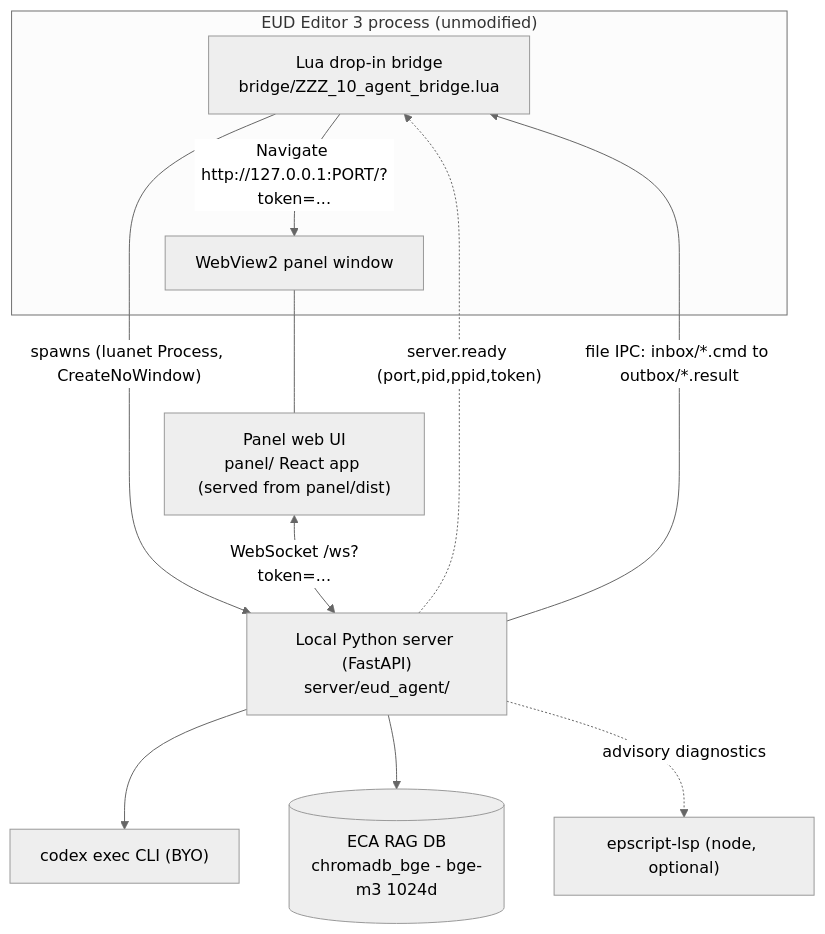
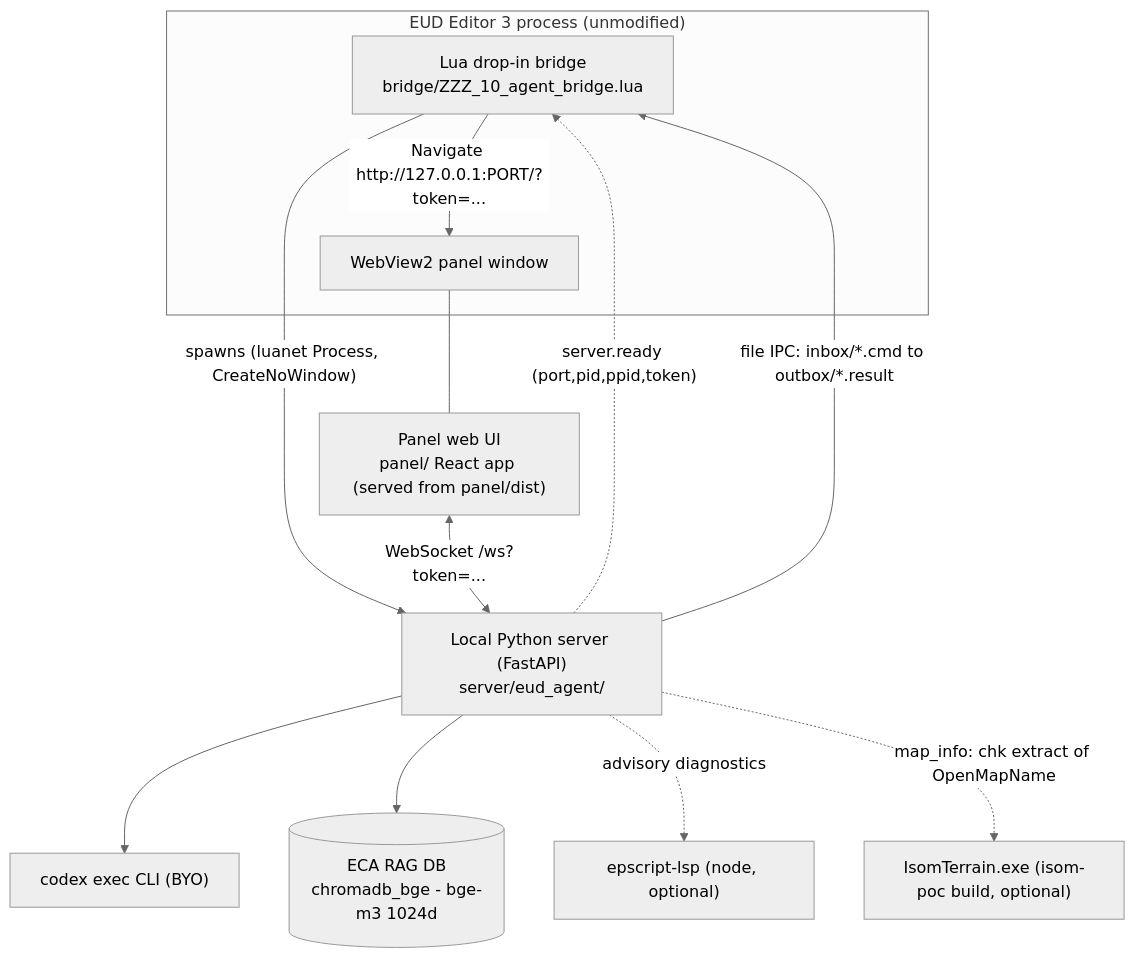
Before and after one commit to raravel/eud-agent: the first of 3 diagrams in hivemind/docs/architecture.md, drawn with Mermaid (neutral theme). The commit also changed other lines of this file and 10 other files, not shown here.

First line of the commit message:
task: EUD-083 map_info tool: connected-map CHK digest (locations/units/forces) via IsomTerrain chk

````diff
--- a/hivemind/docs/architecture.md
+++ b/hivemind/docs/architecture.md
@@ -7,22 +7,24 @@
 ```mermaid
 graph TD
     subgraph EditorProc["EUD Editor 3 process (unmodified)"]
         Bridge["Lua drop-in bridge<br/>bridge/ZZZ_10_agent_bridge.lua"]
         WV["WebView2 panel window"]
     end
     Panel["Panel web UI<br/>panel/ React app (served from panel/dist)"]
     Server["Local Python server (FastAPI)<br/>server/eud_agent/"]
     Codex["codex exec CLI (BYO)"]
     RAG[("ECA RAG DB<br/>chromadb_bge - bge-m3 1024d")]
     LSP["epscript-lsp (node, optional)"]
+    Isom["IsomTerrain.exe (isom-poc build, optional)"]
 
     Bridge -- "spawns (luanet Process, CreateNoWindow)" --> Server
     Server -. "server.ready (port,pid,ppid,token)" .-> Bridge
     Bridge -- "Navigate http://127.0.0.1:PORT/?token=..." --> WV
     WV --- Panel
     Panel <-- "WebSocket /ws?token=..." --> Server
     Server -- "file IPC: inbox/*.cmd to outbox/*.result" --> Bridge
     Server --> Codex
     Server --> RAG
     Server -. "advisory diagnostics" .-> LSP
+    Server -. "map_info: chk extract of OpenMapName" .-> Isom
 ```
````
